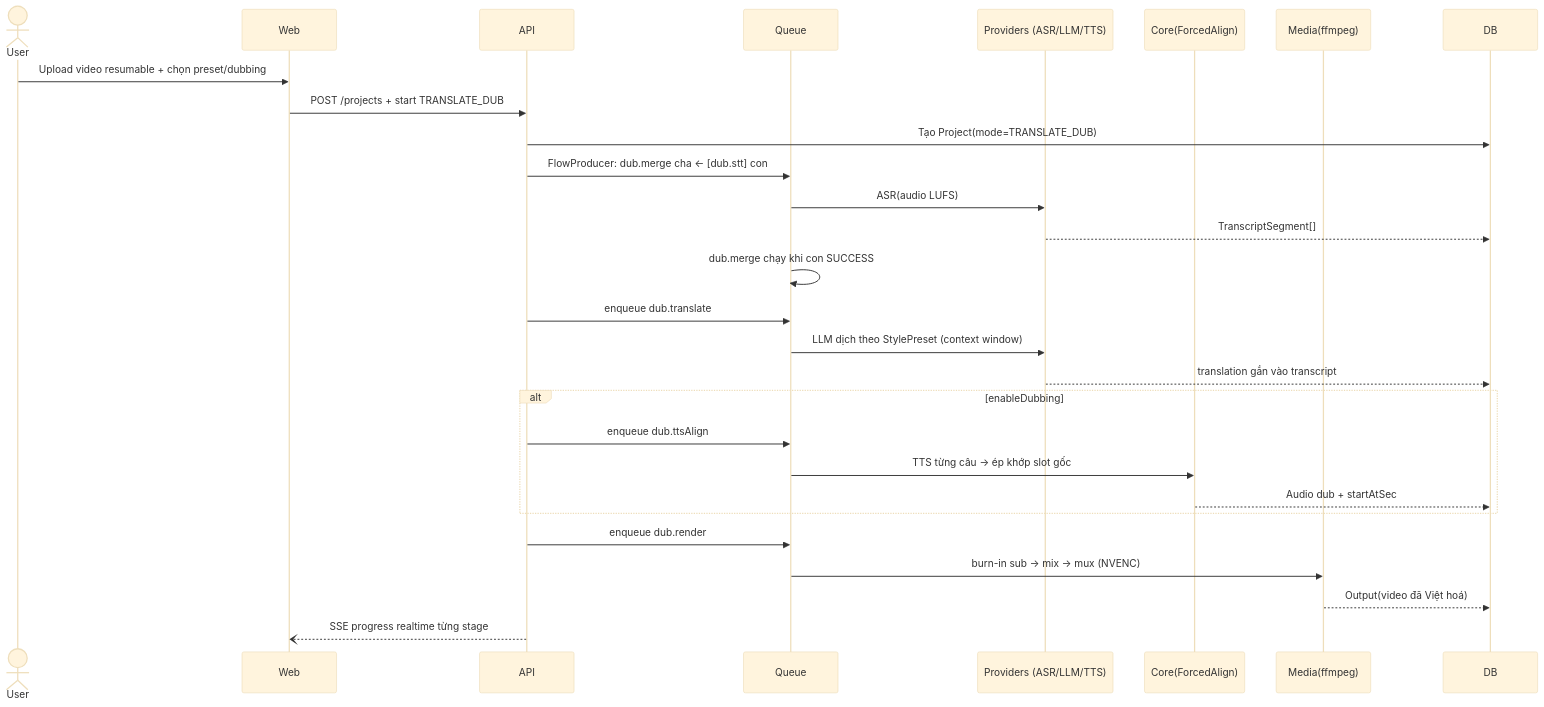
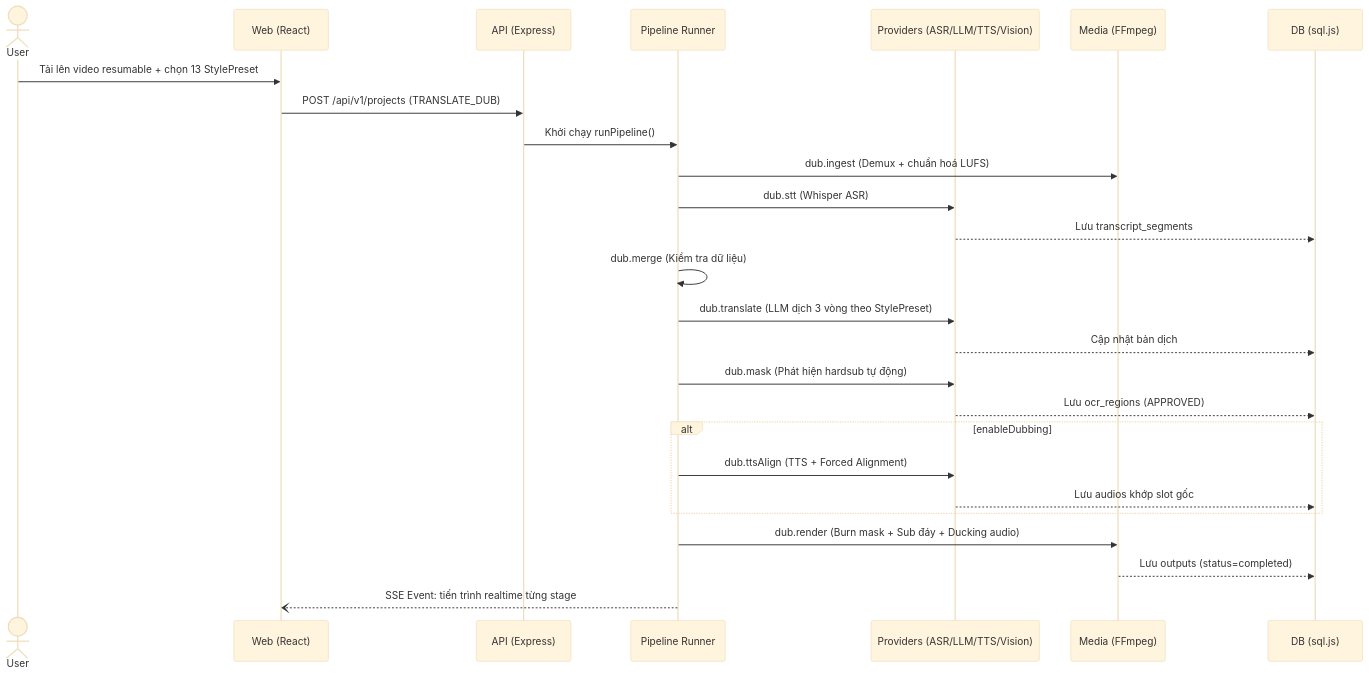
Before and after one commit to Trungtran1945/Video-AI: the second of 3 diagrams in Video_AI_docs/docs/01_KIEN_TRUC_TONG_THE.md, drawn with Mermaid (base theme). The commit also changed other lines of this file and 68 other files, not shown here.

````diff
--- a/Video_AI_docs/docs/01_KIEN_TRUC_TONG_THE.md
+++ b/Video_AI_docs/docs/01_KIEN_TRUC_TONG_THE.md
@@ -273,31 +242,29 @@
 ```mermaid
 sequenceDiagram
   actor U as User
-  participant W as Web
-  participant A as API
-  participant Q as Queue
-  participant P as Providers (ASR/LLM/TTS)
-  participant C as Core(ForcedAlign)
-  participant M as Media(ffmpeg)
-  participant D as DB
+  participant W as Web (React)
+  participant A as API (Express)
+  participant R as Pipeline Runner
+  participant P as Providers (ASR/LLM/TTS/Vision)
+  participant M as Media (FFmpeg)
+  participant D as DB (sql.js)
 
-  U->>W: Upload video resumable + chọn preset/dubbing
-  W->>A: POST /projects + start TRANSLATE_DUB
-  A->>D: Tạo Project(mode=TRANSLATE_DUB)
-  A->>Q: FlowProducer: dub.merge cha ← [dub.stt] con
-  Q->>P: ASR(audio LUFS)
-  P-->>D: TranscriptSegment[]
-  Q->>Q: dub.merge chạy khi con SUCCESS
-  A->>Q: enqueue dub.translate
-  Q->>P: LLM dịch theo StylePreset (context window)
-  P-->>D: translation gắn vào transcript
+  U->>W: Tải lên video resumable + chọn 13 StylePreset
+  W->>A: POST /api/v1/projects (TRANSLATE_DUB)
+  A->>R: Khởi chạy runPipeline()
+  R->>M: dub.ingest (Demux + chuẩn hoá LUFS)
+  R->>P: dub.stt (Whisper ASR)
+  P-->>D: Lưu transcript_segments
+  R->>R: dub.merge (Kiểm tra dữ liệu)
+  R->>P: dub.translate (LLM dịch 3 vòng theo StylePreset)
+  P-->>D: Cập nhật bản dịch
+  R->>P: dub.mask (Phát hiện hardsub tự động)
+  P-->>D: Lưu ocr_regions (APPROVED)
   alt enableDubbing
-    A->>Q: enqueue dub.ttsAlign
-    Q->>C: TTS từng câu → ép khớp slot gốc
-    C-->>D: Audio dub + startAtSec
+    R->>P: dub.ttsAlign (TTS + Forced Alignment)
+    P-->>D: Lưu audios khớp slot gốc
   end
-  A->>Q: enqueue dub.render
-  Q->>M: burn-in sub → mix → mux (NVENC)
-  M-->>D: Output(video đã Việt hoá)
-  A--)W: SSE progress realtime từng stage
+  R->>M: dub.render (Burn mask + Sub đáy + Ducking audio)
+  M-->>D: Lưu outputs (status=completed)
+  R--)W: SSE Event: tiến trình realtime từng stage
 ```
````
